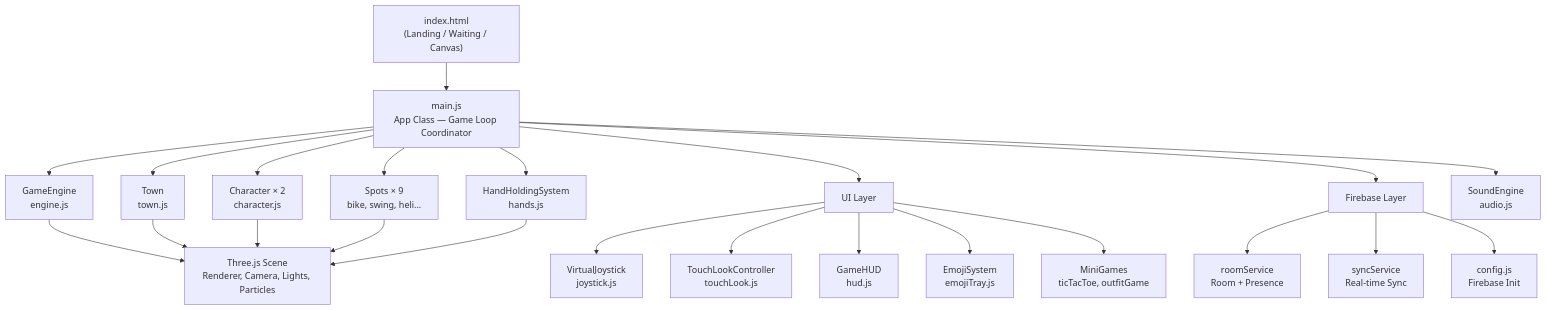
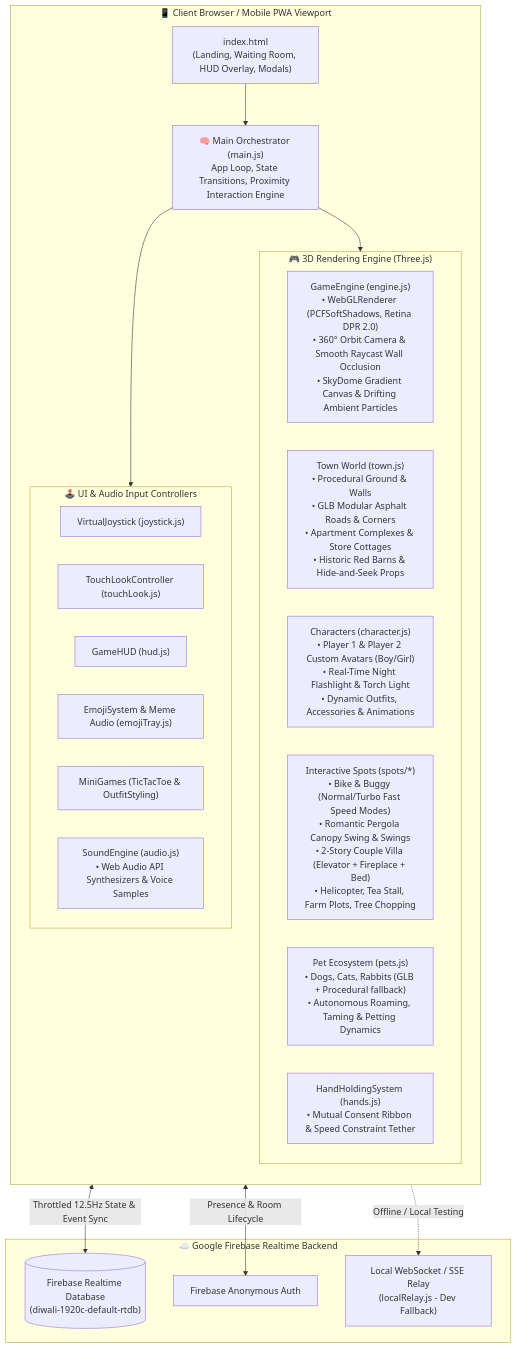
One commit to RaizianOfficial/couple-game changed the first of 2 diagrams in architecture.md. Above: the diagram before and after it, drawn with Mermaid. The commit also changed other lines of this file, not shown here.

Commit message:
docs: comprehensive architecture blueprint detailing entire game structure, graphics, networking, and systems

````diff
--- a/architecture.md
+++ b/architecture.md
@@ -65,30 +13,40 @@
 ```mermaid
 flowchart TD
-    A["index.html\n(Landing / Waiting / Canvas)"] --> B["main.js\nApp Class — Game Loop Coordinator"]
+    subgraph ClientBrowser["📱 Client Browser / Mobile PWA Viewport"]
+        direction TB
+        HTML["index.html\n(Landing, Waiting Room, HUD Overlay, Modals)"]
+        
+        subgraph EngineLayer["🎮 3D Rendering Engine (Three.js)"]
+            Engine["GameEngine (engine.js)\n• WebGLRenderer (PCFSoftShadows, Retina DPR 2.0)\n• 360° Orbit Camera & Smooth Raycast Wall Occlusion\n• SkyDome Gradient Canvas & Drifting Ambient Particles"]
+            Town["Town World (town.js)\n• Procedural Ground & Walls\n• GLB Modular Asphalt Roads & Corners\n• Apartment Complexes & Store Cottages\n• Historic Red Barns & Hide-and-Seek Props"]
+            Chars["Characters (character.js)\n• Player 1 & Player 2 Custom Avatars (Boy/Girl)\n• Real-Time Night Flashlight & Torch Light\n• Dynamic Outfits, Accessories & Animations"]
+            Spots["Interactive Spots (spots/*)\n• Bike & Buggy (Normal/Turbo Fast Speed Modes)\n• Romantic Pergola Canopy Swing & Swings\n• 2-Story Couple Villa (Elevator + Fireplace + Bed)\n• Helicopter, Tea Stall, Farm Plots, Tree Chopping"]
+            Pets["Pet Ecosystem (pets.js)\n• Dogs, Cats, Rabbits (GLB + Procedural fallback)\n• Autonomous Roaming, Taming & Petting Dynamics"]
+            Hands["HandHoldingSystem (hands.js)\n• Mutual Consent Ribbon & Speed Constraint Tether"]
+        end
 
-    B --> C["GameEngine\nengine.js"]
-    B --> D["Town\ntown.js"]
-    B --> E["Character × 2\ncharacter.js"]
-    B --> F["Spots × 9\nbike, swing, heli..."]
-    B --> G["HandHoldingSystem\nhands.js"]
+        subgraph UILayer["🕹️ UI & Audio Input Controllers"]
+            Joy["VirtualJoystick (joystick.js)"]
+            TouchLook["TouchLookController (touchLook.js)"]
+            HUD["GameHUD (hud.js)"]
+            EmojiSys["EmojiSystem & Meme Audio (emojiTray.js)"]
+            MiniGames["MiniGames (TicTacToe & OutfitStyling)"]
+            AudioSynth["SoundEngine (audio.js)\n• Web Audio API Synthesizers & Voice Samples"]
+        end
 
-    B --> H["UI Layer"]
-    H --> H1["VirtualJoystick\njoystick.js"]
-    H --> H2["TouchLookController\ntouchLook.js"]
-    H --> H3["GameHUD\nhud.js"]
-    H --> H4["EmojiSystem\nemojiTray.js"]
-    H --> H5["MiniGames\nticTacToe, outfitGame"]
+        MainApp["🧠 Main Orchestrator (main.js)\nApp Loop, State Transitions, Proximity Interaction Engine"]
+    end
 
-    B --> I["Firebase Layer"]
-    I --> I1["roomService\nRoom + Presence"]
-    I --> I2["syncService\nReal-time Sync"]
-    I --> I3["config.js\nFirebase Init"]
+    subgraph CloudLayer["☁️ Google Firebase Realtime Backend"]
+        RTDB[("Firebase Realtime Database\n(diwali-1920c-default-rtdb)")]
+        Auth["Firebase Anonymous Auth"]
+        Relay["Local WebSocket / SSE Relay\n(localRelay.js - Dev Fallback)"]
+    end
 
-    B --> J["SoundEngine\naudio.js"]
-
-    C --> K["Three.js Scene\nRenderer, Camera, Lights, Particles"]
-    D --> K
-    E --> K
-    F --> K
-    G --> K
+    HTML --> MainApp
+    MainApp --> EngineLayer
+    MainApp --> UILayer
+    MainApp <-->|Presence & Room Lifecycle| Auth
+    MainApp <-->|Throttled 12.5Hz State & Event Sync| RTDB
+    MainApp -.->|Offline / Local Testing| Relay
 ```
````
